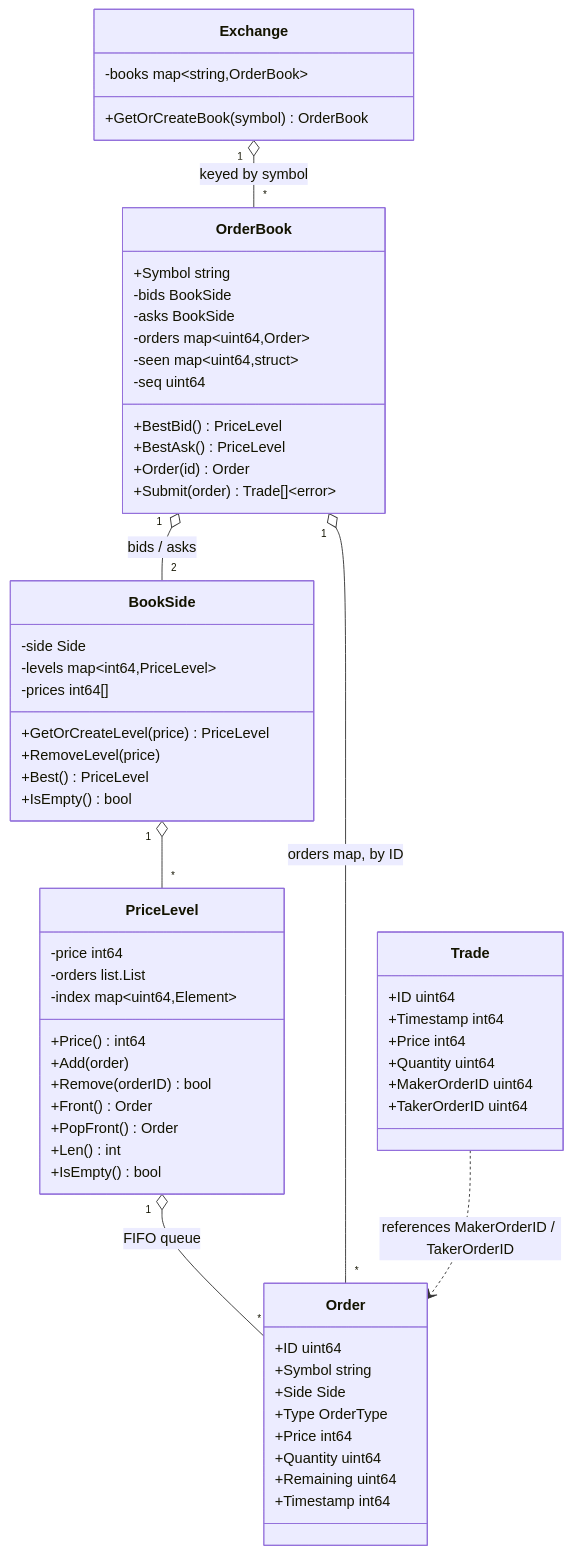
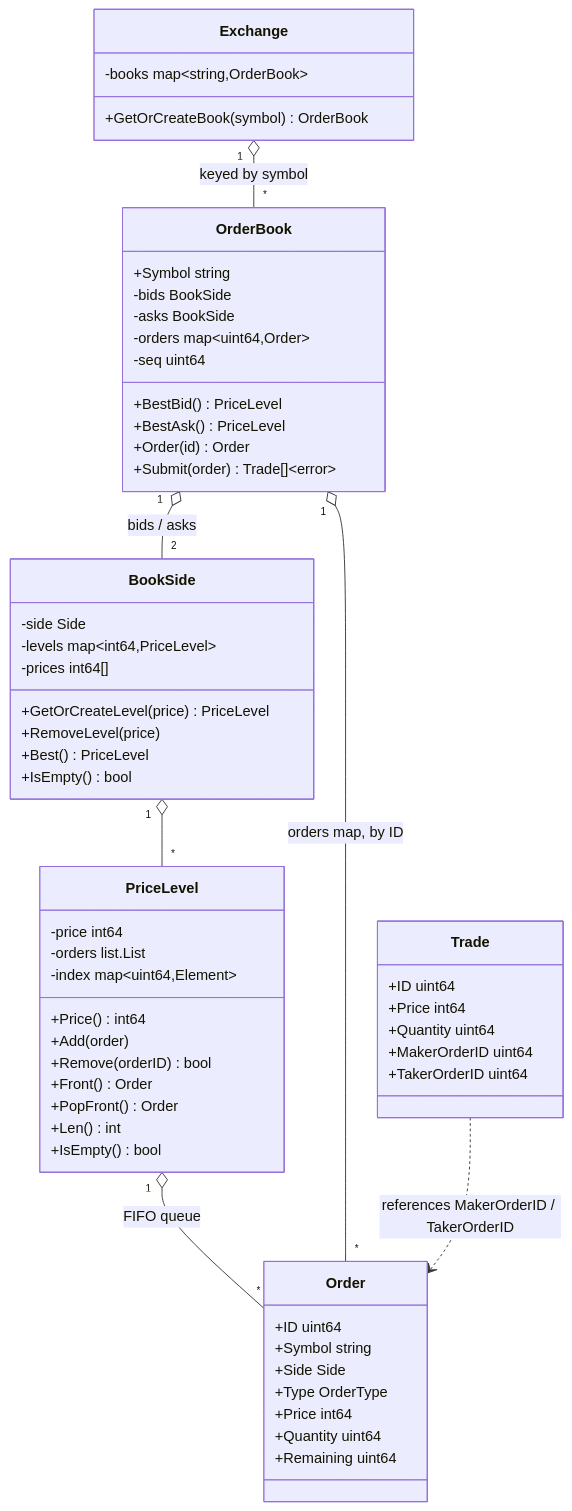
One commit to guilhermemcandido/janus changed the diagram in README.md. Above: the diagram before and after it, drawn with Mermaid. The commit also changed other lines of this file and 6 other files, not shown here.

````diff
--- a/README.md
+++ b/README.md
@@ -11,65 +11,62 @@
 ```mermaid
 classDiagram
     class Exchange {
         -books map~string,OrderBook~
         +GetOrCreateBook(symbol) OrderBook
     }
     class OrderBook {
         +Symbol string
         -bids BookSide
         -asks BookSide
         -orders map~uint64,Order~
-        -seen map~uint64,struct~
         -seq uint64
         +BestBid() PriceLevel
         +BestAsk() PriceLevel
         +Order(id) Order
         +Submit(order) Trade[]~error~
     }
     class BookSide {
         -side Side
         -levels map~int64,PriceLevel~
         -prices int64[]
         +GetOrCreateLevel(price) PriceLevel
         +RemoveLevel(price)
         +Best() PriceLevel
         +IsEmpty() bool
     }
     class PriceLevel {
         -price int64
         -orders list.List
         -index map~uint64,Element~
         +Price() int64
         +Add(order)
         +Remove(orderID) bool
         +Front() Order
         +PopFront() Order
         +Len() int
         +IsEmpty() bool
     }
     class Order {
         +ID uint64
         +Symbol string
         +Side Side
         +Type OrderType
         +Price int64
         +Quantity uint64
         +Remaining uint64
-        +Timestamp int64
     }
     class Trade {
         +ID uint64
-        +Timestamp int64
         +Price int64
         +Quantity uint64
         +MakerOrderID uint64
         +TakerOrderID uint64
     }
 
     Exchange "1" o-- "*" OrderBook : keyed by symbol
     OrderBook "1" o-- "2" BookSide : bids / asks
     BookSide "1" o-- "*" PriceLevel
     PriceLevel "1" o-- "*" Order : FIFO queue
     OrderBook "1" o-- "*" Order : orders map, by ID
     Trade ..> Order : references MakerOrderID / TakerOrderID
 ```
````
